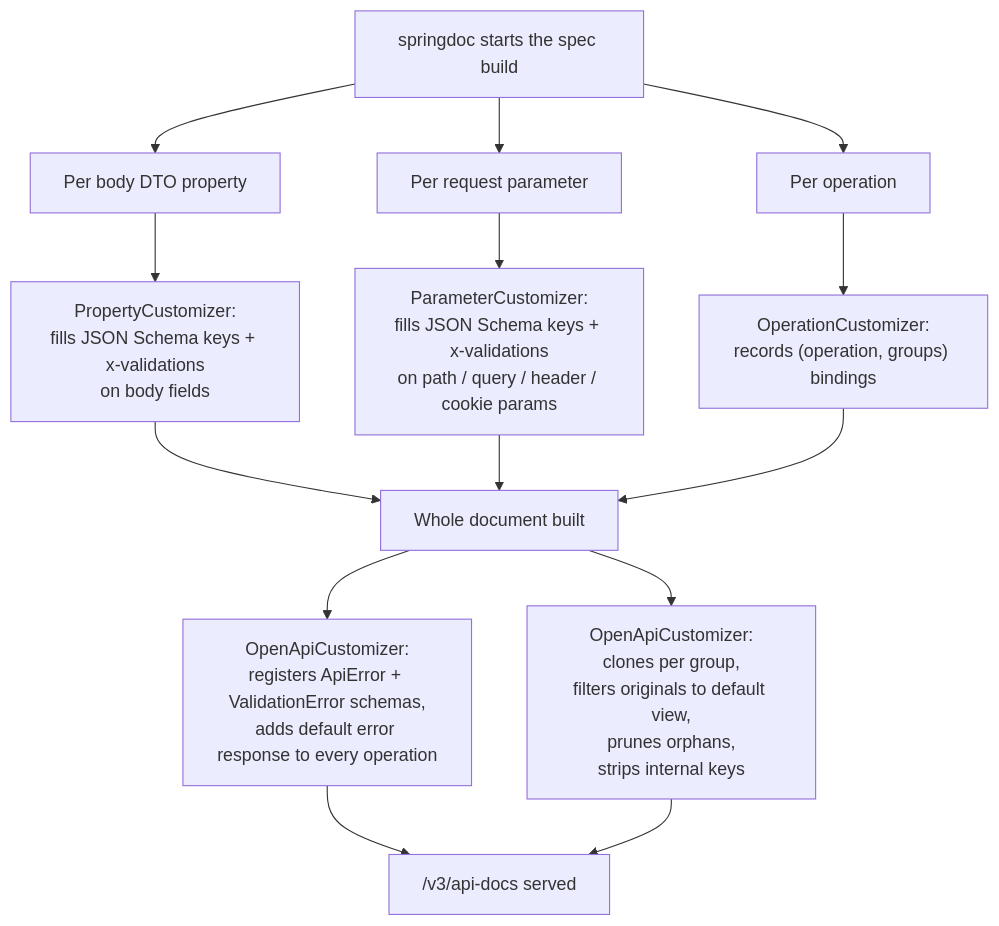
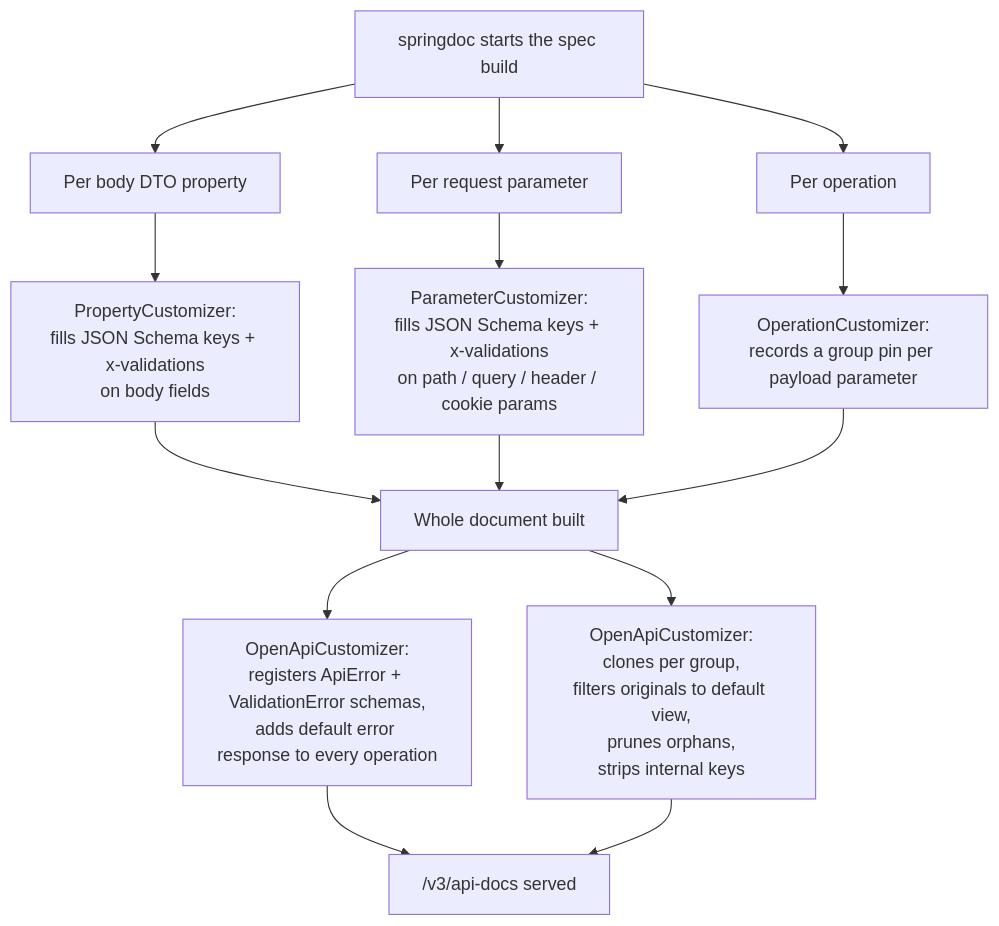
The second of 2 diagrams in README.md (phorus-group/exception-spring-boot-starter), drawn with Mermaid before and after one commit. The commit also changed other lines of this file and 2 other files, not shown here.

First line of the commit message:
Pin validation groups per payload instead of per operation

````diff
--- a/README.md
+++ b/README.md
@@ -707,16 +727,16 @@
 ```mermaid
 flowchart TD
     A[springdoc starts the spec build] --> B[Per body DTO property]
     A --> C[Per request parameter]
     A --> D[Per operation]
     B --> E["PropertyCustomizer:<br/>fills JSON Schema keys + x-validations<br/>on body fields"]
     C --> F["ParameterCustomizer:<br/>fills JSON Schema keys + x-validations<br/>on path / query / header / cookie params"]
-    D --> G["OperationCustomizer:<br/>records (operation, groups) bindings"]
+    D --> G["OperationCustomizer:<br/>records a group pin per payload parameter"]
     E --> H[Whole document built]
     F --> H
     G --> H
     H --> I["OpenApiCustomizer:<br/>registers ApiError + ValidationError schemas,<br/>adds default error response to every operation"]
     H --> J["OpenApiCustomizer:<br/>clones per group,<br/>filters originals to default view,<br/>prunes orphans,<br/>strips internal keys"]
     I --> K["/v3/api-docs served"]
     J --> K
 ```
````
